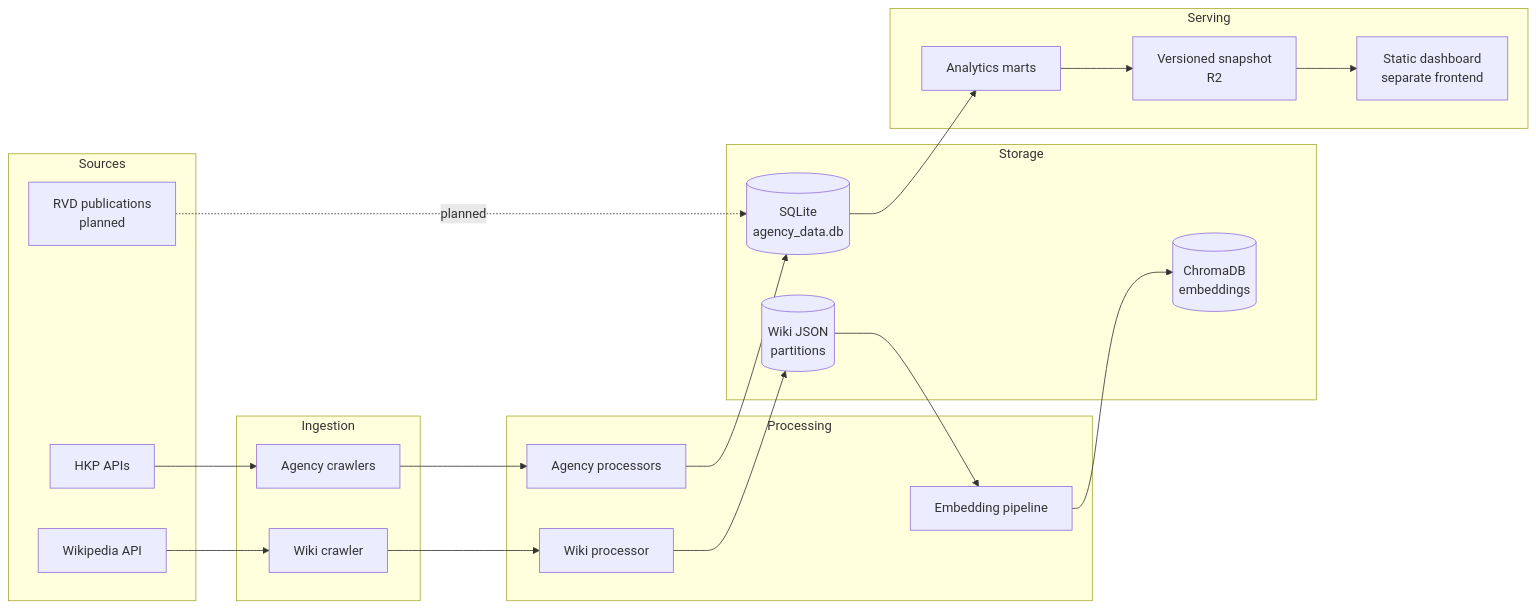
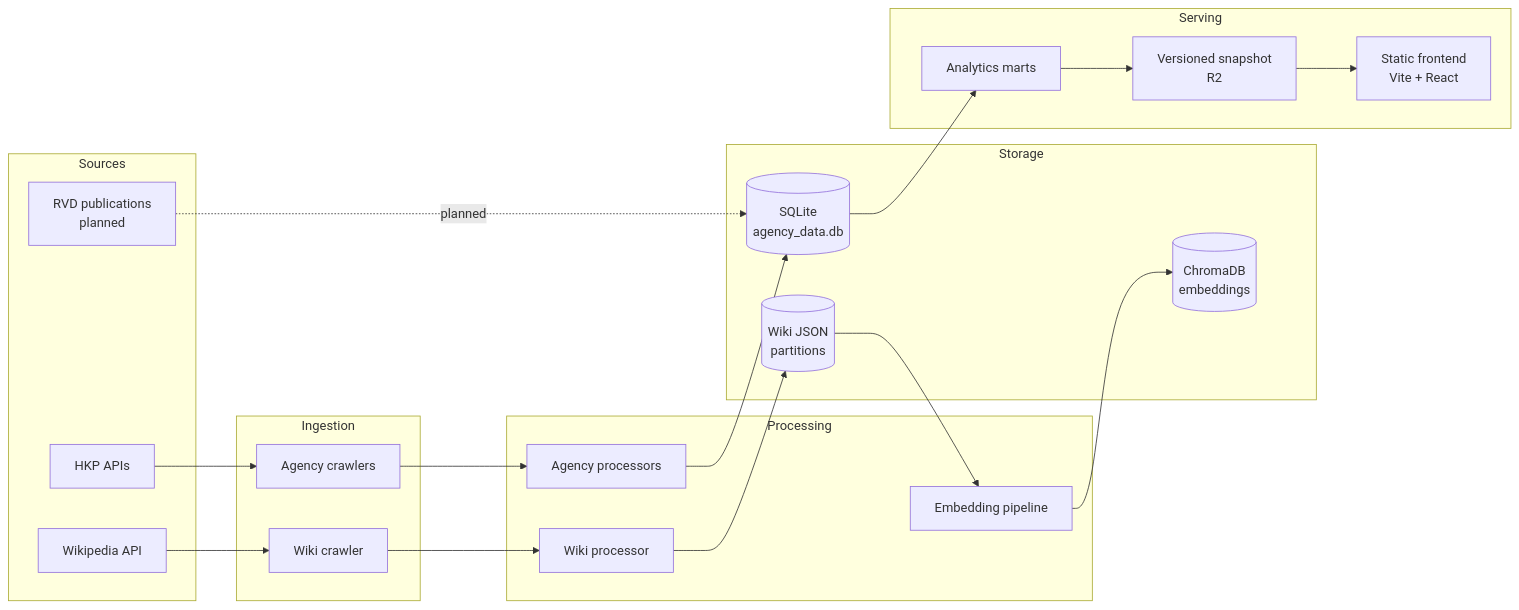
Before and after one commit to monitus2022/HK_Housing_Datahub: the diagram in README.md, drawn with Mermaid. The commit also changed other lines of this file and 4 other files, not shown here.

````diff
--- a/README.md
+++ b/README.md
@@ -31,37 +31,37 @@
 ```mermaid
 flowchart LR
     subgraph Sources
         HKP[HKP APIs]
         WIKI[Wikipedia API]
         RVD[RVD publications<br/>planned]
     end
 
     subgraph Ingestion
         AC[Agency crawlers]
         WC[Wiki crawler]
     end
 
     subgraph Processing
         AP[Agency processors]
         WP[Wiki processor]
         EP[Embedding pipeline]
     end
 
     subgraph Storage
         DB[(SQLite<br/>agency_data.db)]
         JSON[(Wiki JSON<br/>partitions)]
         CH[(ChromaDB<br/>embeddings)]
     end
 
     subgraph Serving
         MART[Analytics marts]
         SNAP[Versioned snapshot<br/>R2]
-        DASH[Static dashboard<br/>separate frontend]
+        DASH[Static frontend<br/>Vite + React]
     end
 
     HKP --> AC --> AP --> DB
     WIKI --> WC --> WP --> JSON
     JSON --> EP --> CH
     DB --> MART --> SNAP --> DASH
     RVD -. planned .-> DB
 ```
````
